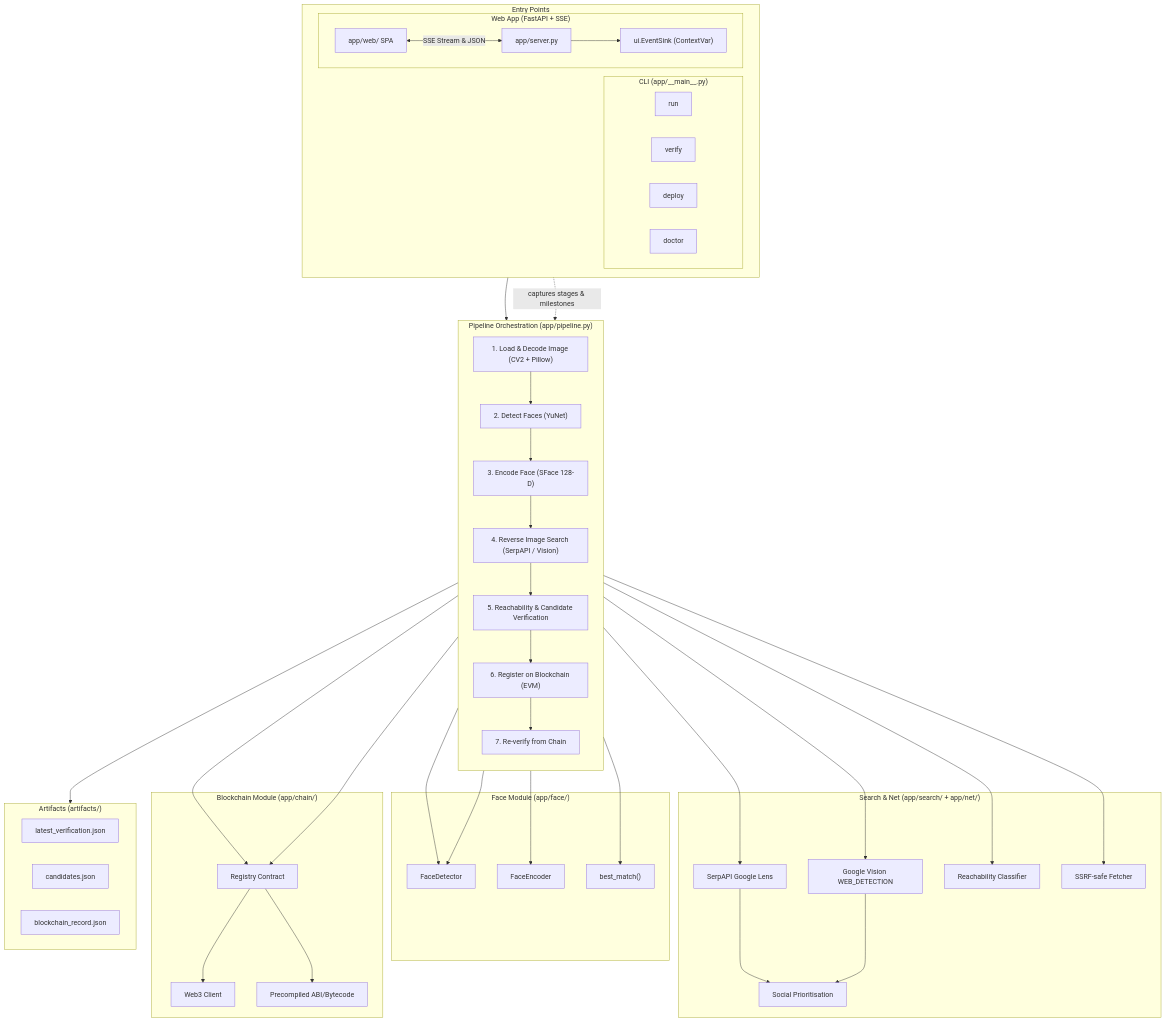
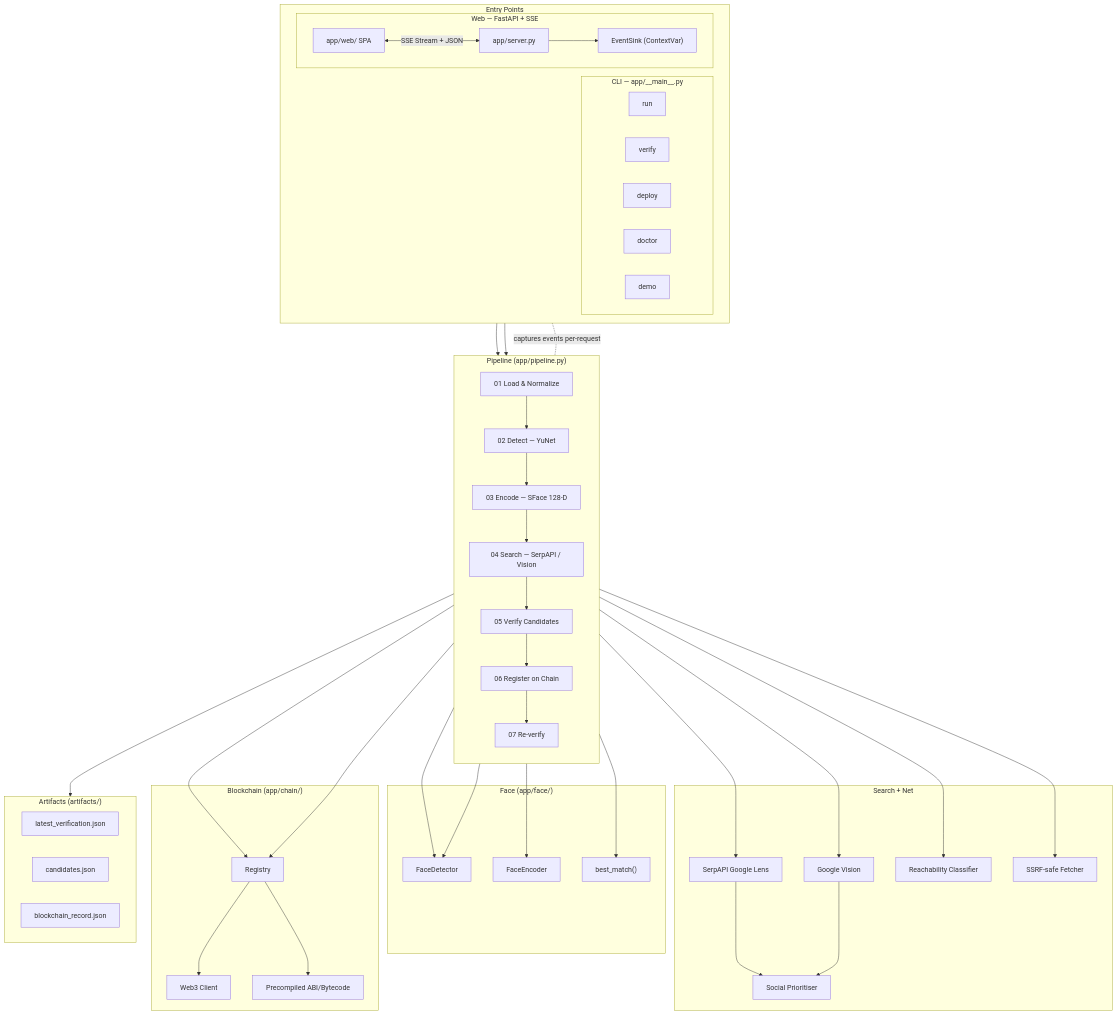
One commit to Harshy-cmd/HH_Goa-T3 changed the diagram in README.md. Above: the diagram before and after it, drawn with Mermaid. The commit also changed other lines of this file, not shown here.

````diff
--- a/README.md
+++ b/README.md
@@ -186,69 +237,70 @@
 ```mermaid
 flowchart TB
-    subgraph UI_ENTRY["Entry Points"]
+    subgraph ENTRY["Entry Points"]
         direction LR
-        subgraph CLI["CLI (app/__main__.py)"]
+        subgraph CLI["CLI — app/__main__.py"]
             CMD_RUN["run"]
             CMD_VERIFY["verify"]
             CMD_DEPLOY["deploy"]
             CMD_DOCTOR["doctor"]
+            CMD_DEMO["demo"]
         end
-        subgraph WEB["Web App (FastAPI + SSE)"]
+        subgraph WEB["Web — FastAPI + SSE"]
             SERVER["app/server.py"]
             SPA["app/web/ SPA"]
-            SINK["ui.EventSink (ContextVar)"]
-            SPA <-->|SSE Stream & JSON| SERVER
+            SINK["EventSink (ContextVar)"]
+            SPA <-->|SSE Stream + JSON| SERVER
             SERVER --> SINK
         end
     end
 
-    subgraph Pipeline["Pipeline Orchestration (app/pipeline.py)"]
+    subgraph PIPELINE["Pipeline (app/pipeline.py)"]
         direction TB
-        S1["1. Load & Decode Image (CV2 + Pillow)"]
-        S2["2. Detect Faces (YuNet)"]
-        S3["3. Encode Face (SFace 128-D)"]
-        S4["4. Reverse Image Search (SerpAPI / Vision)"]
-        S5["5. Reachability & Candidate Verification"]
-        S6["6. Register on Blockchain (EVM)"]
-        S7["7. Re-verify from Chain"]
+        S1["01 Load & Normalize"]
+        S2["02 Detect — YuNet"]
+        S3["03 Encode — SFace 128-D"]
+        S4["04 Search — SerpAPI / Vision"]
+        S5["05 Verify Candidates"]
+        S6["06 Register on Chain"]
+        S7["07 Re-verify"]
         S1 --> S2 --> S3 --> S4 --> S5 --> S6 --> S7
     end
 
-    subgraph Face["Face Module (app/face/)"]
+    subgraph FACE["Face (app/face/)"]
         DET["FaceDetector"]
         ENC["FaceEncoder"]
         MAT["best_match()"]
     end
 
-    subgraph Search["Search & Net (app/search/ + app/net/)"]
+    subgraph SEARCH_NET["Search + Net"]
         SERP["SerpAPI Google Lens"]
-        GVIS["Google Vision WEB_DETECTION"]
-        SOC["Social Prioritisation"]
+        GVIS["Google Vision"]
+        SOC["Social Prioritiser"]
         REACH["Reachability Classifier"]
         FETCH["SSRF-safe Fetcher"]
     end
 
-    subgraph Chain["Blockchain Module (app/chain/)"]
-        WEB3["Web3 Client"]
-        ARTIFACT["Precompiled ABI/Bytecode"]
-        REG["Registry Contract"]
+    subgraph CHAIN["Blockchain (app/chain/)"]
+        REG["Registry"]
+        WEB3C["Web3 Client"]
+        ABI["Precompiled ABI/Bytecode"]
     end
 
-    subgraph Artifacts["Artifacts (artifacts/)"]
-        ART1["latest_verification.json"]
-        ART2["candidates.json"]
-        ART3["blockchain_record.json"]
+    subgraph ART["Artifacts (artifacts/)"]
+        A1["latest_verification.json"]
+        A2["candidates.json"]
+        A3["blockchain_record.json"]
     end
 
-    CMD_RUN --> Pipeline
-    SINK -. captures stages & milestones .-> Pipeline
+    CMD_RUN --> PIPELINE
+    CMD_DEMO --> PIPELINE
+    SINK -. captures events per-request .- PIPELINE
     S1 & S2 --> DET
     S3 --> ENC
     S4 --> SERP & GVIS
     SERP & GVIS --> SOC
     S5 --> REACH & FETCH & MAT
-    S6 --> REG
-    S7 --> REG
-    REG --> ARTIFACT & WEB3
-    Pipeline --> Artifacts
+    S6 & S7 --> REG
+    REG --> WEB3C & ABI
+    PIPELINE --> ART
 ```
````
